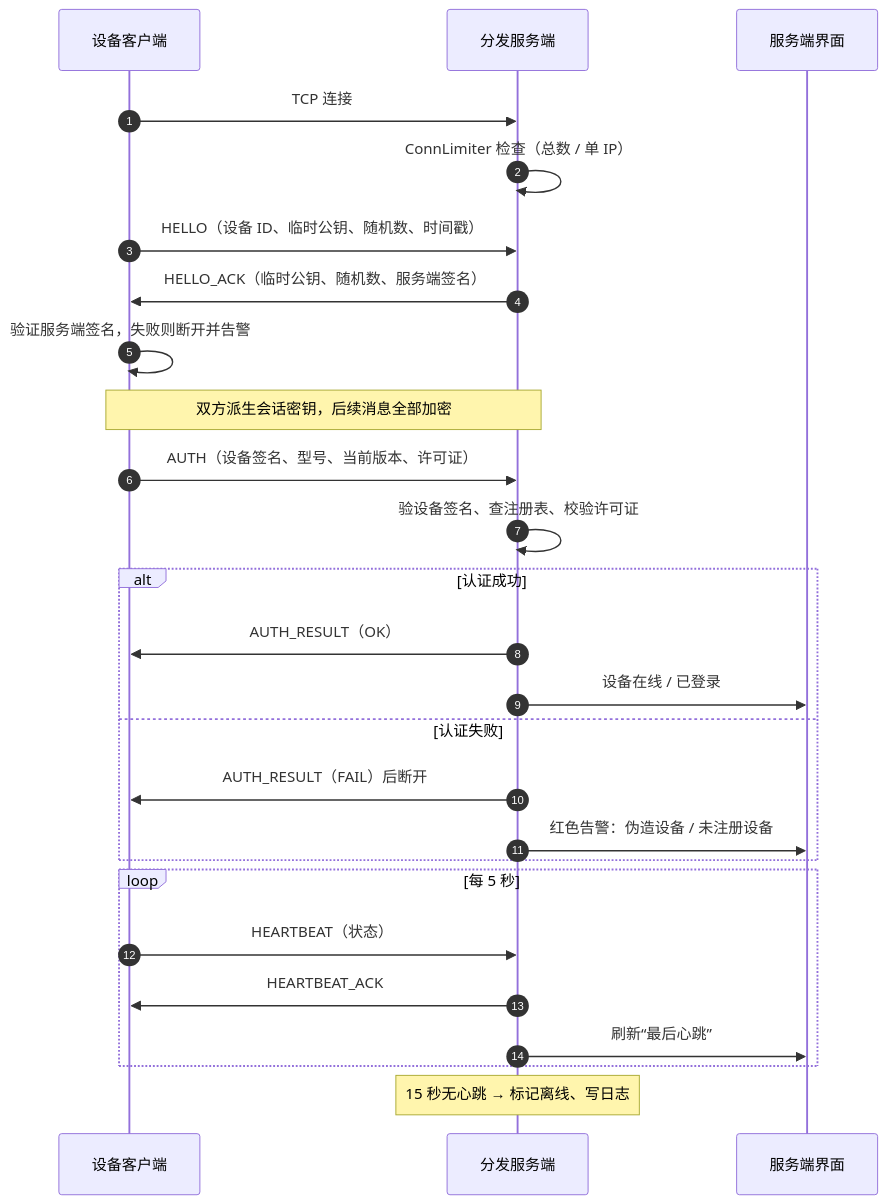
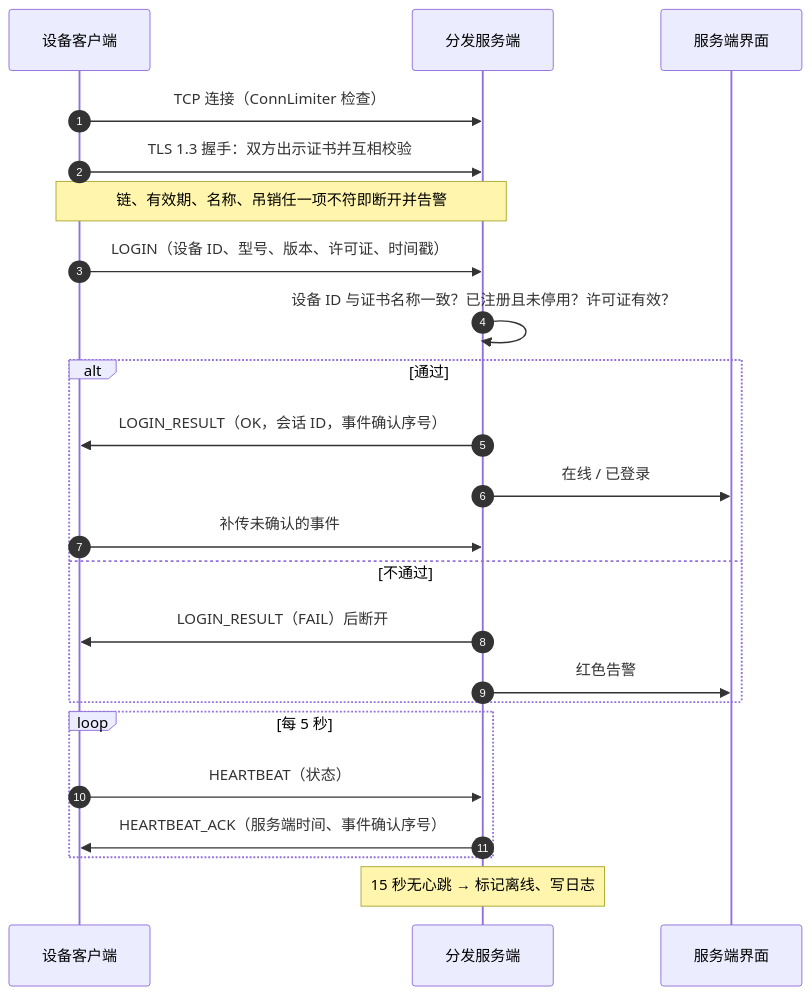
One commit to ahu-iii/firmware-distribution-system changed the fourth of 11 diagrams in docs/系统设计说明书.md. Above: the diagram before and after it, drawn with Mermaid. The commit also changed other lines of this file and 54 other files, not shown here.

````diff
--- a/docs/系统设计说明书.md
+++ b/docs/系统设计说明书.md
@@ -353,28 +189,25 @@
 ```mermaid
 sequenceDiagram
     autonumber
     participant C as 设备客户端
     participant S as 分发服务端
     participant UI as 服务端界面
-    C->>S: TCP 连接
-    S->>S: ConnLimiter 检查（总数 / 单 IP）
-    C->>S: HELLO（设备 ID、临时公钥、随机数、时间戳）
-    S->>C: HELLO_ACK（临时公钥、随机数、服务端签名）
-    C->>C: 验证服务端签名，失败则断开并告警
-    Note over C,S: 双方派生会话密钥，后续消息全部加密
-    C->>S: AUTH（设备签名、型号、当前版本、许可证）
-    S->>S: 验设备签名、查注册表、校验许可证
-    alt 认证成功
-        S->>C: AUTH_RESULT（OK）
-        S->>UI: 设备在线 / 已登录
-    else 认证失败
-        S->>C: AUTH_RESULT（FAIL）后断开
-        S->>UI: 红色告警：伪造设备 / 未注册设备
+    C->>S: TCP 连接（ConnLimiter 检查）
+    C->>S: TLS 1.3 握手：双方出示证书并互相校验
+    Note over C,S: 链、有效期、名称、吊销任一项不符即断开并告警
+    C->>S: LOGIN（设备 ID、型号、版本、许可证、时间戳）
+    S->>S: 设备 ID 与证书名称一致？已注册且未停用？许可证有效？
+    alt 通过
+        S->>C: LOGIN_RESULT（OK，会话 ID，事件确认序号）
+        S->>UI: 在线 / 已登录
+        C->>S: 补传未确认的事件
+    else 不通过
+        S->>C: LOGIN_RESULT（FAIL）后断开
+        S->>UI: 红色告警
     end
     loop 每 5 秒
         C->>S: HEARTBEAT（状态）
-        S->>C: HEARTBEAT_ACK
-        S->>UI: 刷新“最后心跳”
+        S->>C: HEARTBEAT_ACK（服务端时间、事件确认序号）
     end
     Note over S: 15 秒无心跳 → 标记离线、写日志
 ```
````
